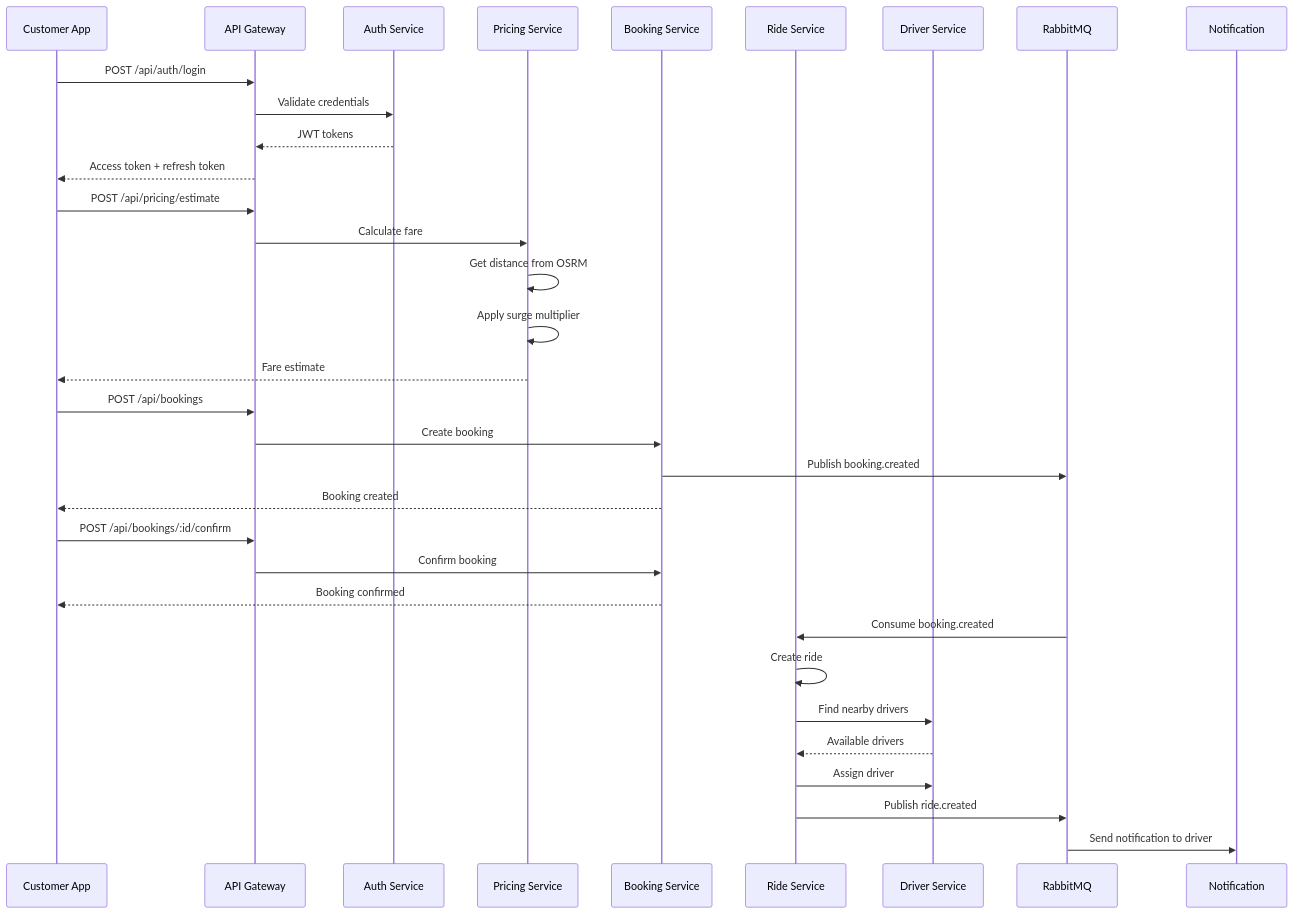
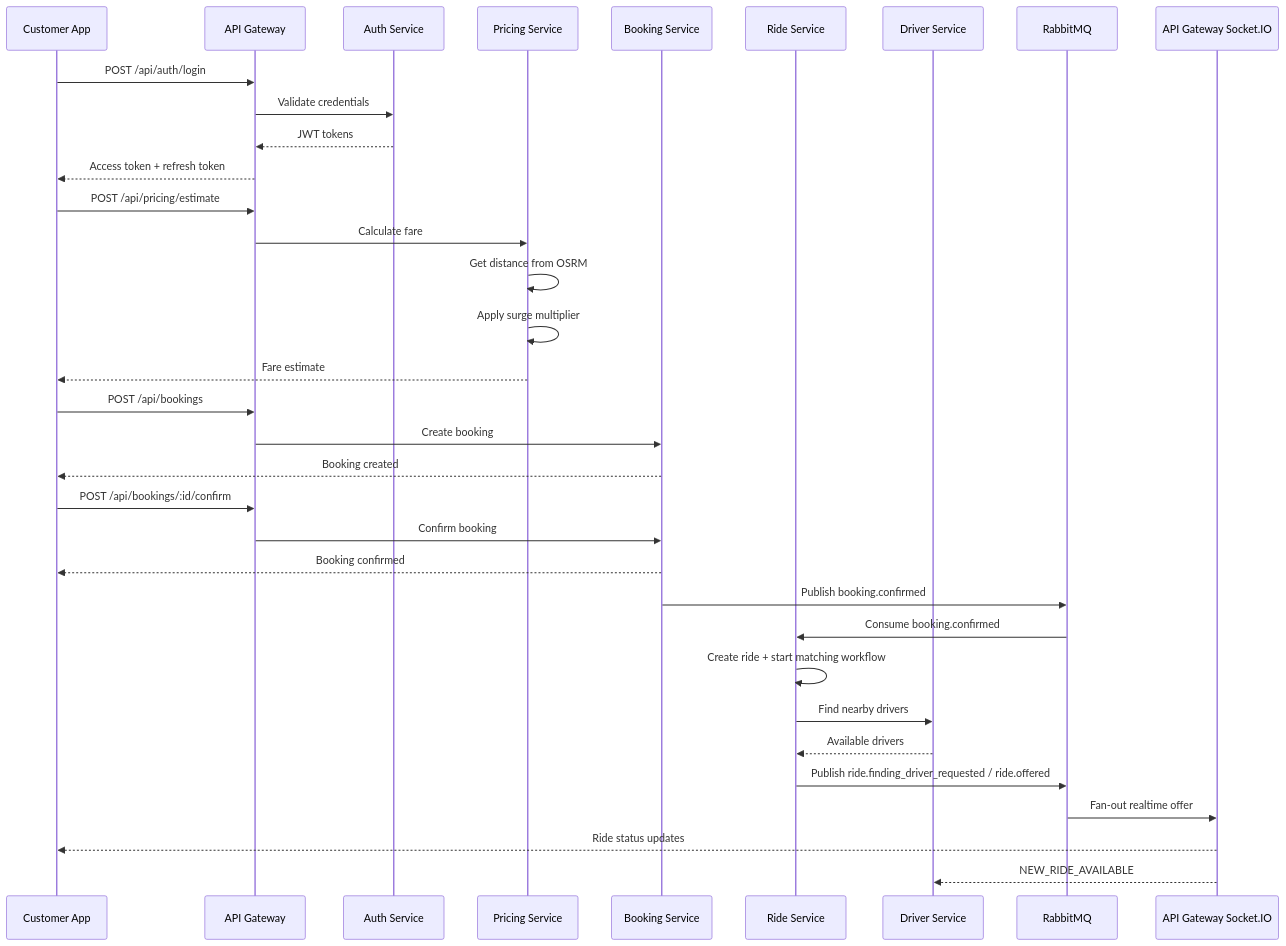
One commit to foxxiee04/Cab-Booking-System-Project changed the second of 4 diagrams in README.md. Above: the diagram before and after it, drawn with Mermaid. The commit also changed other lines of this file and 203 other files, not shown here.

````diff
--- a/README.md
+++ b/README.md
@@ -621,40 +665,41 @@
 ```mermaid
 sequenceDiagram
     participant C as Customer App
     participant GW as API Gateway
     participant A as Auth Service
     participant P as Pricing Service
     participant B as Booking Service
     participant R as Ride Service
     participant D as Driver Service
     participant MQ as RabbitMQ
-    participant N as Notification
+    participant GWS as API Gateway Socket.IO
 
     C->>GW: POST /api/auth/login
     GW->>A: Validate credentials
     A-->>GW: JWT tokens
     GW-->>C: Access token + refresh token
 
     C->>GW: POST /api/pricing/estimate
     GW->>P: Calculate fare
     P->>P: Get distance from OSRM
     P->>P: Apply surge multiplier
     P-->>C: Fare estimate
 
     C->>GW: POST /api/bookings
     GW->>B: Create booking
-    B->>MQ: Publish booking.created
     B-->>C: Booking created
 
     C->>GW: POST /api/bookings/:id/confirm
     GW->>B: Confirm booking
     B-->>C: Booking confirmed
 
-    MQ->>R: Consume booking.created
-    R->>R: Create ride
+    B->>MQ: Publish booking.confirmed
+    MQ->>R: Consume booking.confirmed
+    R->>R: Create ride + start matching workflow
     R->>D: Find nearby drivers
     D-->>R: Available drivers
-    R->>D: Assign driver
-    R->>MQ: Publish ride.created
-    MQ->>N: Send notification to driver
+    R->>MQ: Publish ride.finding_driver_requested / ride.offered
+    MQ->>GWS: Fan-out realtime offer
+    GWS-->>C: Ride status updates
+    GWS-->>D: NEW_RIDE_AVAILABLE
 ```
````
